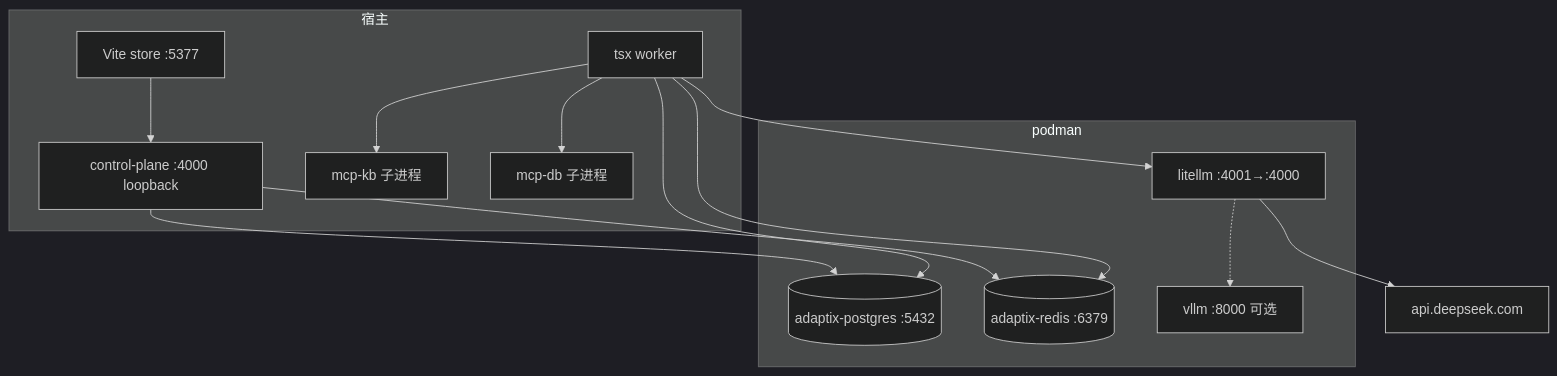
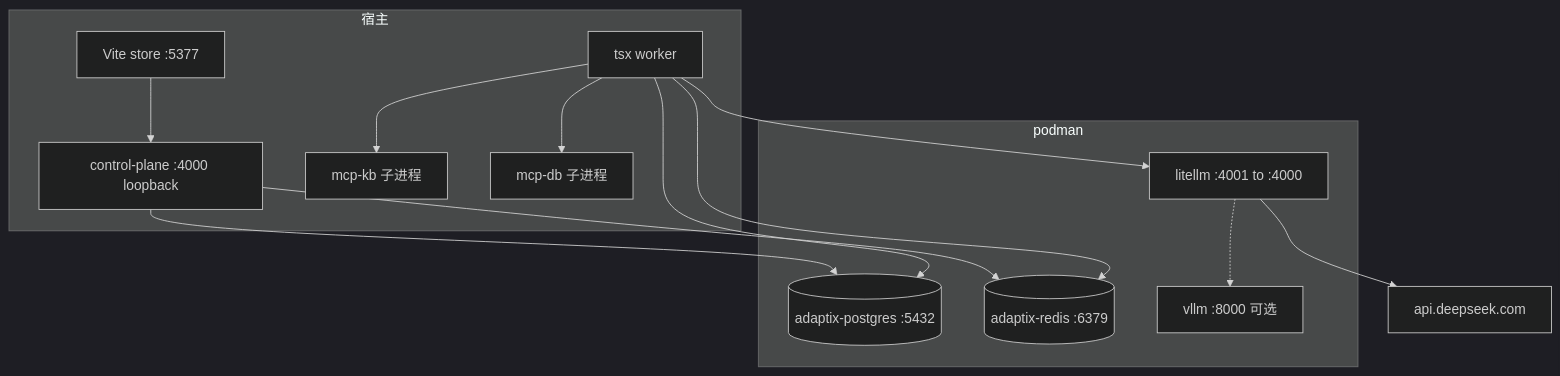
Diagram 11 of 12 in docs/system-arch42.md (jackyqj/ai-agent-platform), drawn with Mermaid (dark theme) before and after one commit. The commit also changed other lines of this file, not shown here.

````diff
--- a/docs/system-arch42.md
+++ b/docs/system-arch42.md
@@ -562,28 +562,28 @@
 ```mermaid
 flowchart TB
-  subgraph 宿主
-    UI[Vite store :5377]
-    CP[control-plane :4000 loopback]
-    WK[tsx worker]
-    KB[mcp-kb 子进程]
-    DBM[mcp-db 子进程]
+  subgraph host["宿主"]
+    UI["Vite store :5377"]
+    CP["control-plane :4000 loopback"]
+    WK["tsx worker"]
+    KB["mcp-kb 子进程"]
+    DBM["mcp-db 子进程"]
   end
 
-  subgraph podman
-    PG[(adaptix-postgres :5432)]
-    REDIS[(adaptix-redis :6379)]
-    LM[litellm :4001→:4000]
-    VLLM[vllm :8000 可选]
+  subgraph pods["podman"]
+    PG[("adaptix-postgres :5432")]
+    REDIS[("adaptix-redis :6379")]
+    LM["litellm :4001 to :4000"]
+    VLLM["vllm :8000 可选"]
   end
 
   UI --> CP
   CP --> PG
   CP --> REDIS
   WK --> REDIS
   WK --> PG
   WK --> LM
   WK --> KB
   WK --> DBM
-  LM --> API[api.deepseek.com]
+  LM --> API["api.deepseek.com"]
   LM -.-> VLLM
 ```
````
